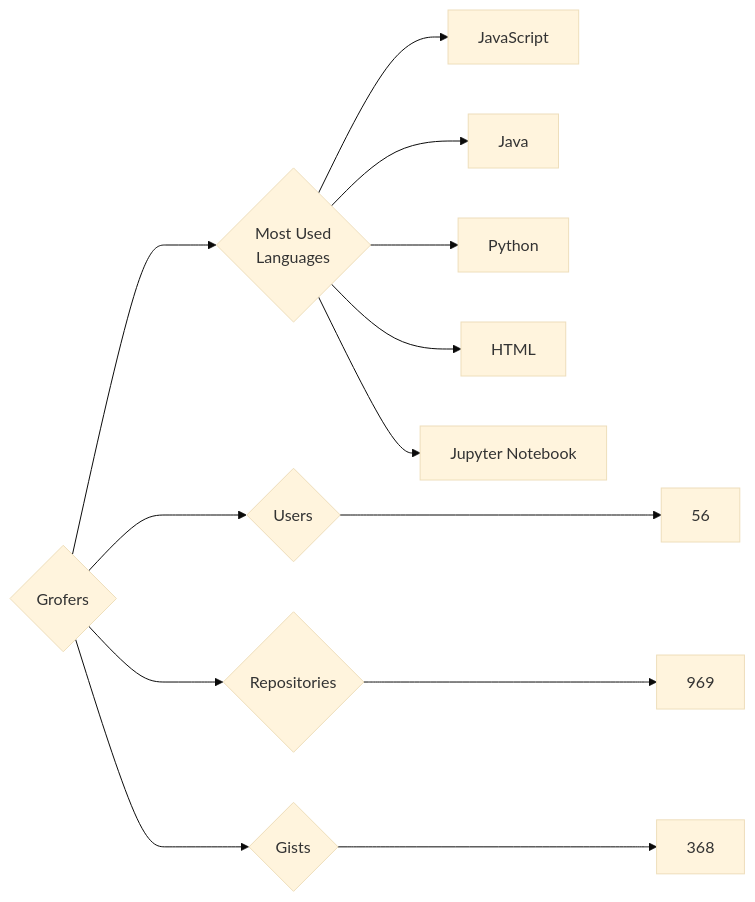
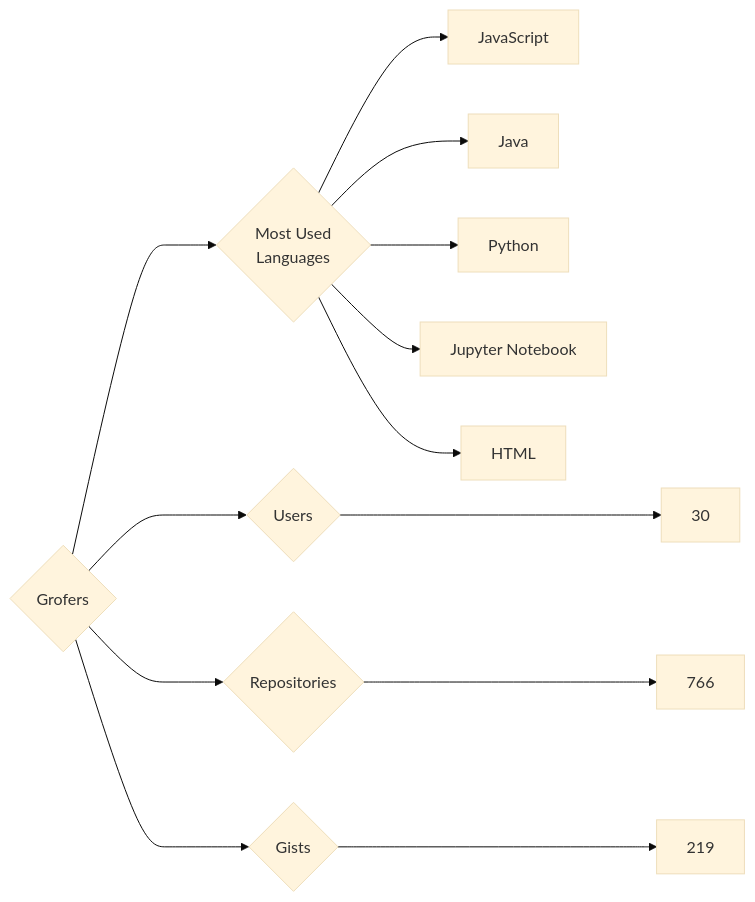
Before and after one commit to trickest/insiders: the diagram in targets/Grofers/README.md, drawn with Mermaid (base theme). The commit also changed 715 other files, not shown here.

````diff
--- a/targets/Grofers/README.md
+++ b/targets/Grofers/README.md
@@ -3,13 +3,13 @@
 ```mermaid
 graph LR
 COMPANY_NAME{Grofers}
-COMPANY_NAME ---> U{Users} ---> UN[56]
-COMPANY_NAME ---> R{Repositories} ---> RN[969]
-COMPANY_NAME ---> G{Gists} ---> GN[368]
+COMPANY_NAME ---> U{Users} ---> UN[30]
+COMPANY_NAME ---> R{Repositories} ---> RN[766]
+COMPANY_NAME ---> G{Gists} ---> GN[219]
 COMPANY_NAME ---> ML{Most Used<br>Languages}
 ML --> JavaScript[JavaScript]
 ML --> Java[Java]
 ML --> Python[Python]
+ML --> Jupyter_Notebook[Jupyter Notebook]
 ML --> HTML[HTML]
-ML --> Jupyter_Notebook[Jupyter Notebook]
 ```
````
